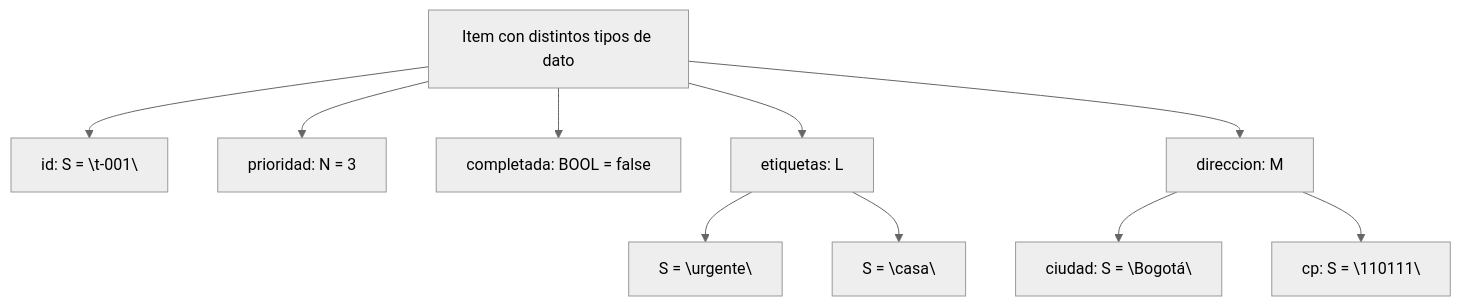
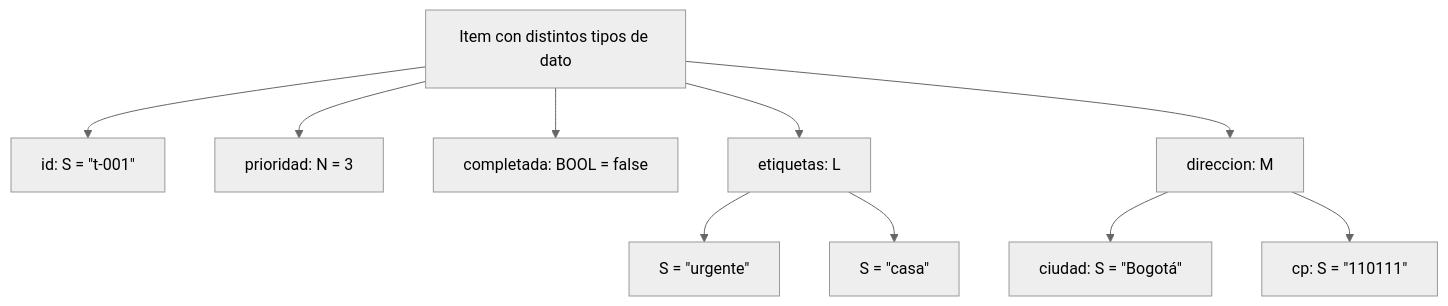
One commit to NICORUIZ93/Academia_Floci changed the third of 7 diagrams in web/public/content/cloud/modulo-4.md. Above: the diagram before and after it, drawn with Mermaid (neutral theme). The commit also changed 5 other files, not shown here.

````diff
--- a/web/public/content/cloud/modulo-4.md
+++ b/web/public/content/cloud/modulo-4.md
@@ -368,13 +368,13 @@
 ```mermaid
 flowchart TD
     I["Item con distintos tipos de dato"]
-    I --> A1["id: S = \"t-001\""]
+    I --> A1["id: S = &quot;t-001&quot;"]
     I --> A2["prioridad: N = 3"]
     I --> A3["completada: BOOL = false"]
     I --> A4["etiquetas: L"]
-    A4 --> A4a["S = \"urgente\""]
-    A4 --> A4b["S = \"casa\""]
+    A4 --> A4a["S = &quot;urgente&quot;"]
+    A4 --> A4b["S = &quot;casa&quot;"]
     I --> A5["direccion: M"]
-    A5 --> A5a["ciudad: S = \"Bogotá\""]
-    A5 --> A5b["cp: S = \"110111\""]
+    A5 --> A5a["ciudad: S = &quot;Bogotá&quot;"]
+    A5 --> A5b["cp: S = &quot;110111&quot;"]
 ```
````
